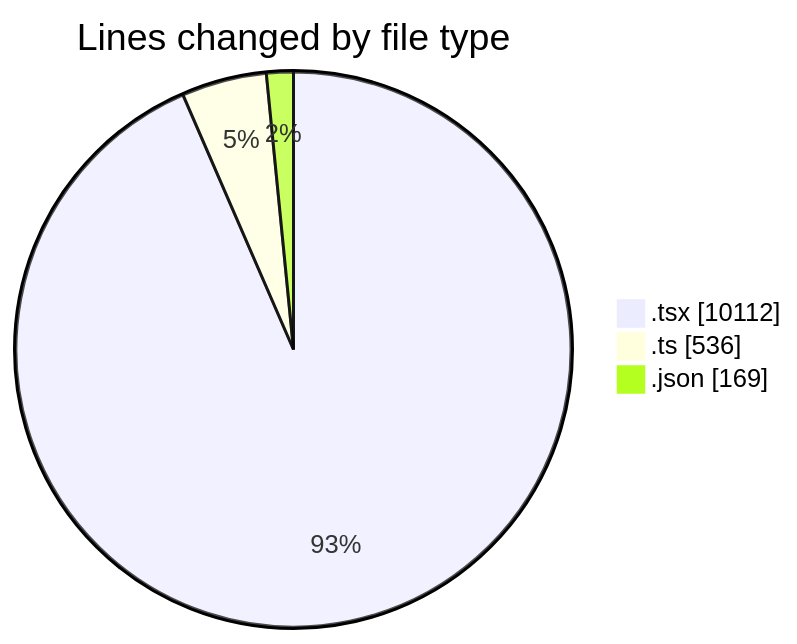
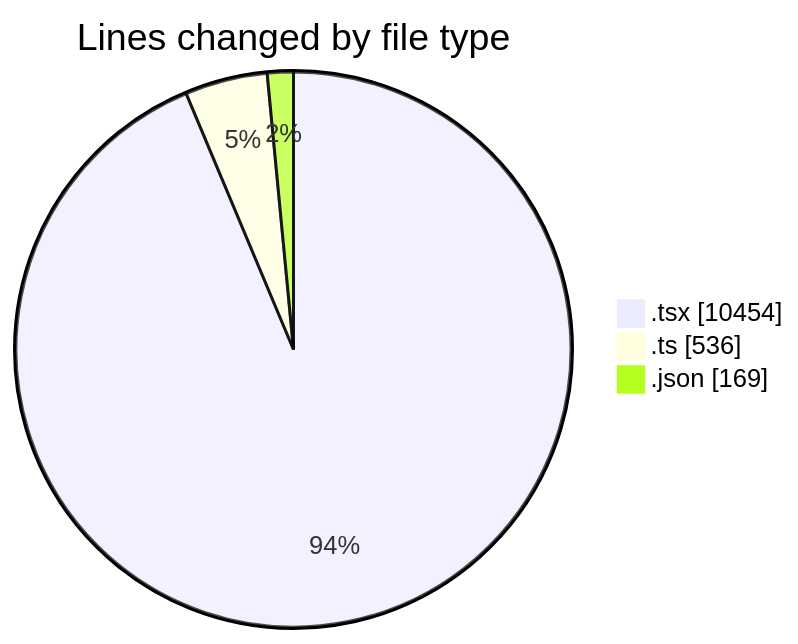
One commit to robertbonfada/code-tracking changed the first of 2 diagrams in 2025-02-18/mbc-web/README.md. Above: the diagram before and after it, drawn with Mermaid. The commit also changed other lines of this file and 1 other file, not shown here.

````diff
--- a/2025-02-18/mbc-web/README.md
+++ b/2025-02-18/mbc-web/README.md
@@ -133,7 +134,7 @@
 ```mermaid
 pie showData
 title Lines changed by file type
-".tsx" : 10112
+".tsx" : 10454
 ".ts" : 536
 ".json" : 169
 ```
````
